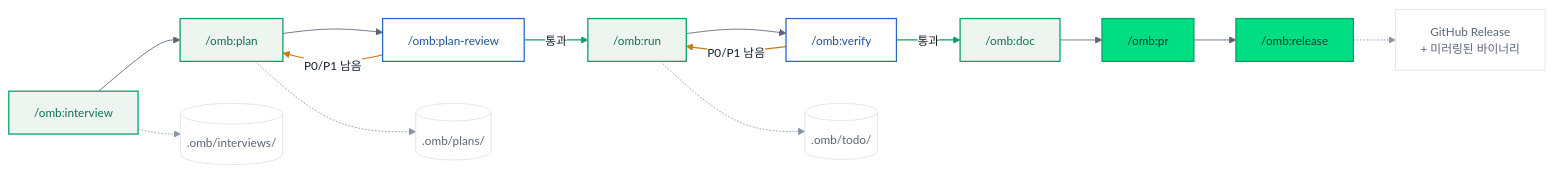
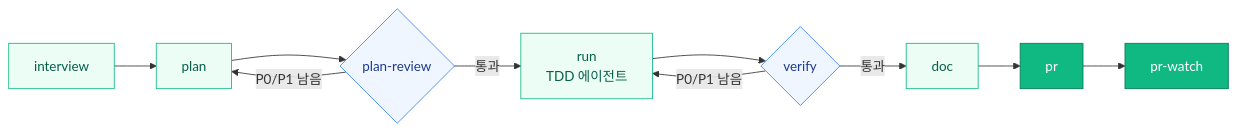
Before and after one commit to braincrew-lab/oh-my-braincrew-release: the diagram in README-ko.md, drawn with Mermaid. The commit also changed other lines of this file and 3 other files, not shown here.

First line of the commit message:
docs: redesign README and README-ko with hero and architecture diagrams

````diff
--- a/README-ko.md
+++ b/README-ko.md
@@ -139,30 +96,16 @@
 ```mermaid
-%%{init: {"theme":"base","themeVariables":{"fontFamily":"ui-sans-serif, -apple-system, Segoe UI, sans-serif","fontSize":"14px","lineColor":"#5a6577","primaryTextColor":"#161d29","edgeLabelBackground":"#ffffff"}}}%%
 flowchart LR
-  IV["/omb:interview"] --> PL["/omb:plan"] --> PV["/omb:plan-review"]
+  IV["interview"] --> PL["plan"] --> PV{"plan-review"}
   PV -->|"P0/P1 남음"| PL
-  PV -->|"통과"| RUN["/omb:run"]
-  RUN --> VF["/omb:verify"]
+  PV -->|"통과"| RUN["run<br/>TDD 에이전트"]
+  RUN --> VF{"verify"}
   VF -->|"P0/P1 남음"| RUN
-  VF -->|"통과"| DOC["/omb:doc"]
-  DOC --> PRC["/omb:pr"] --> REL["/omb:release"]
+  VF -->|"통과"| DOC["doc"] --> PR["pr"] --> PW["pr-watch"]
 
-  IV -.-> A1[("`.omb/interviews/`")]
-  PL -.-> A2[("`.omb/plans/`")]
-  RUN -.-> A3[("`.omb/todo/`")]
-  REL -.-> A4["GitHub Release<br/>+ 미러링된 바이너리"]
-
-  classDef step fill:#eef4f0,stroke:#00a363,stroke-width:1.5px,color:#0a7350
-  classDef gate fill:#ffffff,stroke:#2768c7,stroke-width:1.5px,color:#1c4f9c
-  classDef ship fill:#01dd83,stroke:#00a363,stroke-width:1.5px,color:#0a3d2b
-  classDef artifact fill:#ffffff,stroke:#d9e5df,stroke-width:1px,color:#5a6577
-
+  classDef step fill:#ecfdf5,stroke:#10b981,color:#065f46
+  classDef gate fill:#eff6ff,stroke:#3b82f6,color:#1e3a8a
+  classDef ship fill:#10b981,stroke:#047857,color:#ffffff
   class IV,PL,RUN,DOC step
   class PV,VF gate
-  class PRC,REL ship
-  class A1,A2,A3,A4 artifact
-
-  linkStyle 2,5 stroke:#d17816,stroke-width:1.5px
-  linkStyle 3,6 stroke:#00a363,stroke-width:1.5px
-  linkStyle 9,10,11,12 stroke:#8a94a6,stroke-width:1px
+  class PR,PW ship
 ```
````
